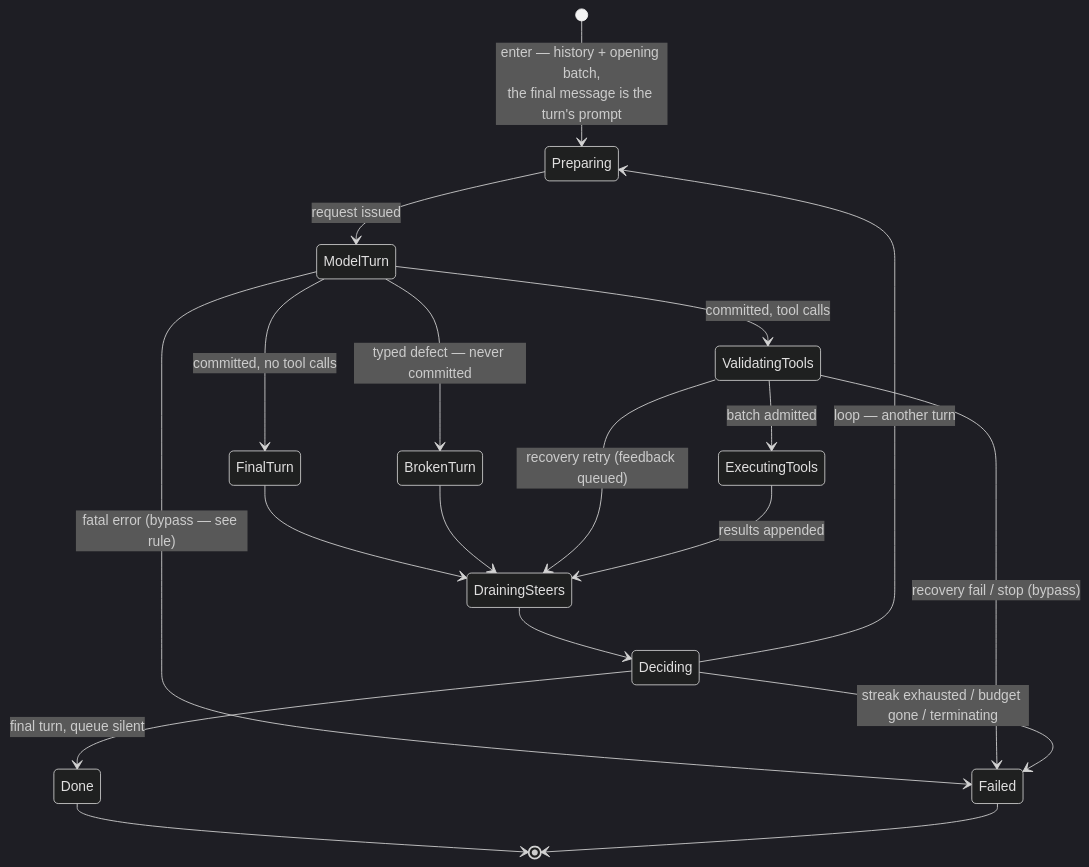
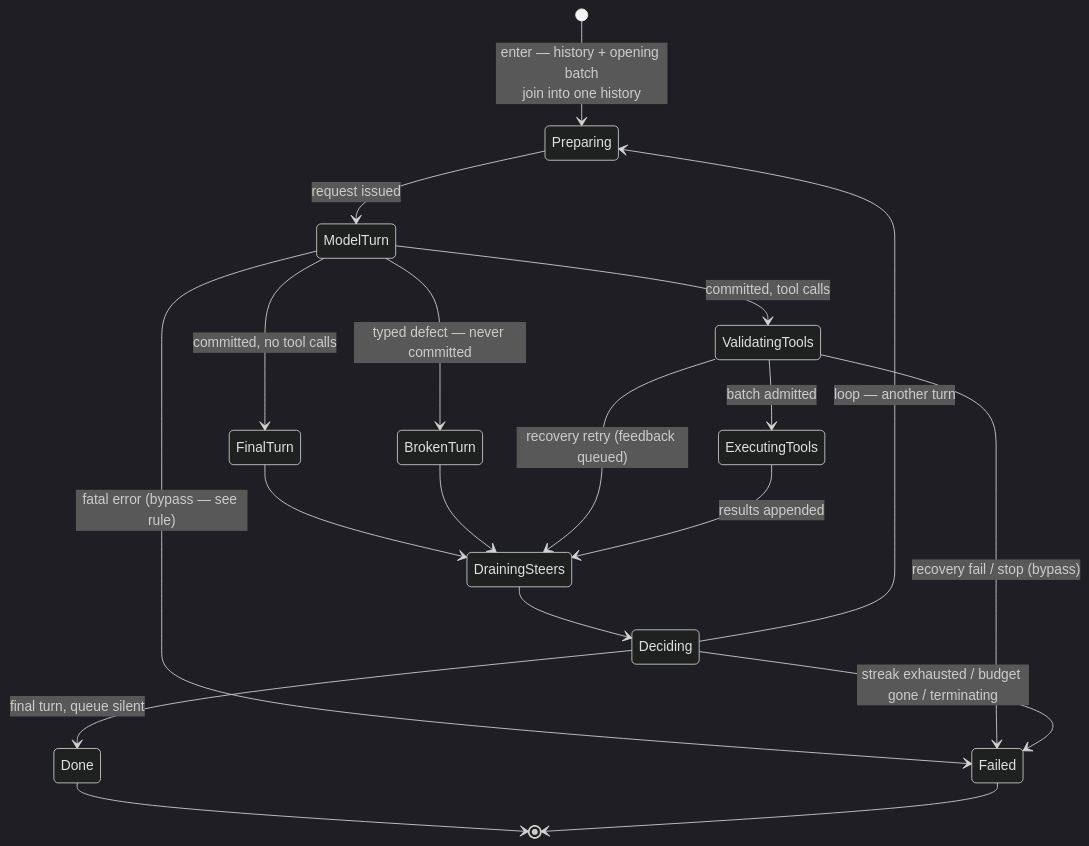
The second of 2 diagrams in ENGINE.md (JerryAZR/tabit), drawn with Mermaid (dark theme) before and after one commit. The commit also changed other lines of this file, not shown here.

First line of the commit message:
ENGINE.md: kill the prompt/context split; name the bypass errors

````diff
--- a/ENGINE.md
+++ b/ENGINE.md
@@ -65,21 +65,21 @@
 ```mermaid
 stateDiagram-v2
-    [*] --> Preparing : enter — history + opening batch,<br/>the final message is the turn's prompt
+    [*] --> Preparing : enter — history + opening batch<br/>join into one history
     Preparing --> ModelTurn : request issued
     ModelTurn --> FinalTurn : committed, no tool calls
     ModelTurn --> BrokenTurn : typed defect — never committed
     ModelTurn --> ValidatingTools : committed, tool calls
     ModelTurn --> Failed : fatal error (bypass — see rule)
     FinalTurn --> DrainingSteers
     BrokenTurn --> DrainingSteers
     ValidatingTools --> ExecutingTools : batch admitted
     ValidatingTools --> DrainingSteers : recovery retry (feedback queued)
     ValidatingTools --> Failed : recovery fail / stop (bypass)
     ExecutingTools --> DrainingSteers : results appended
     DrainingSteers --> Deciding
     Deciding --> Preparing : loop — another turn
     Deciding --> Done : final turn, queue silent
     Deciding --> Failed : streak exhausted / budget gone / terminating
     Done --> [*]
     Failed --> [*]
 ```
````
